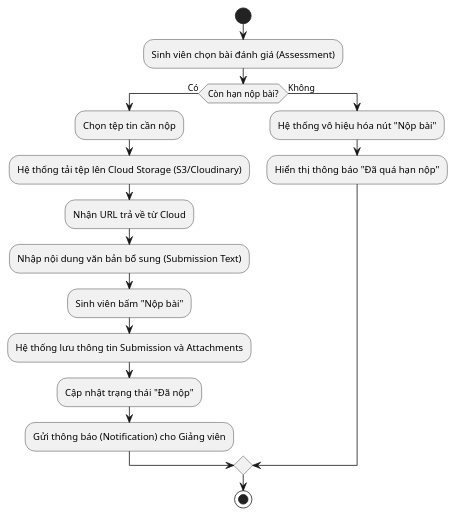
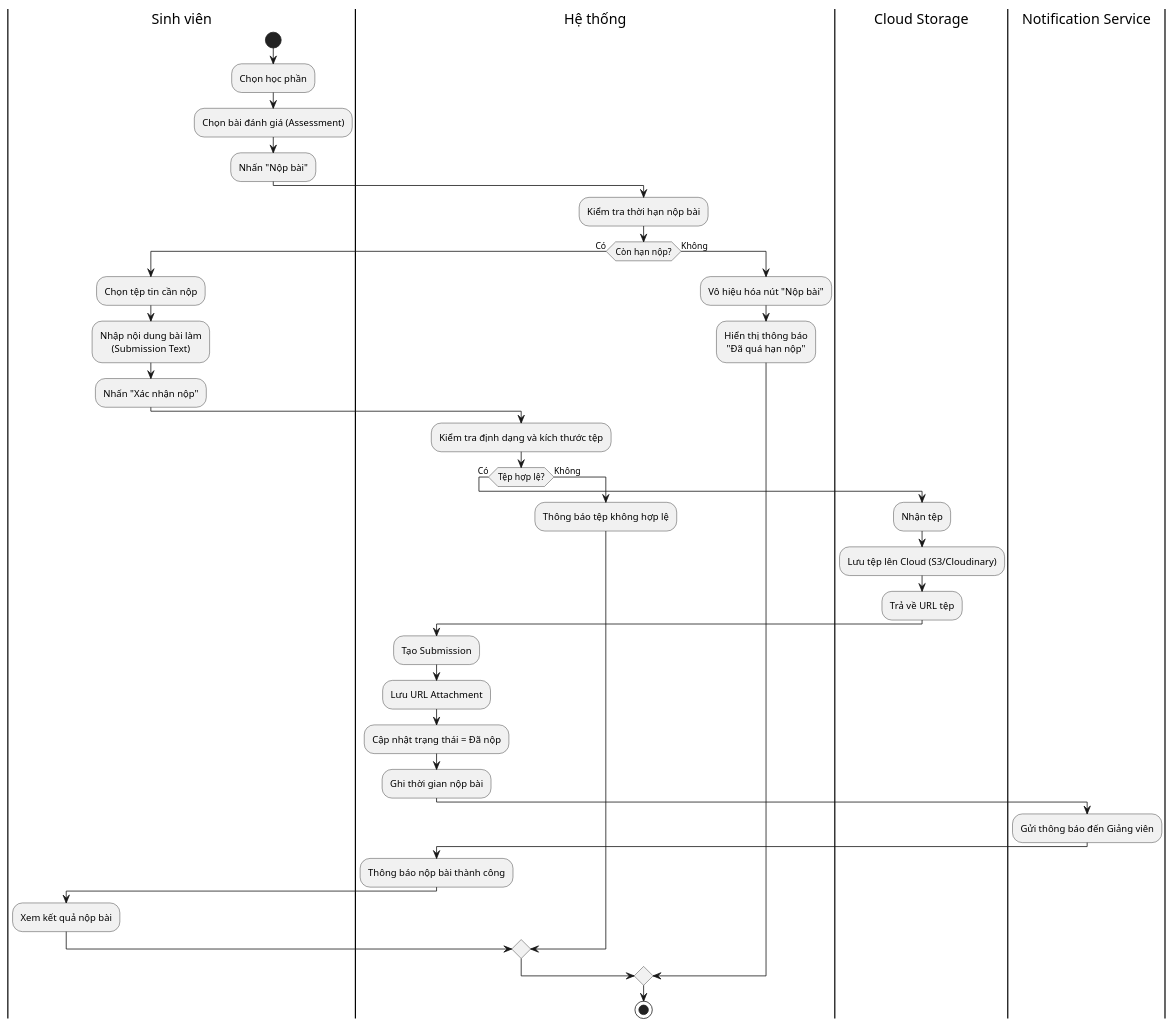
Before and after one commit to thanhthanh123vn/Rubric_Thanh_Duc_2025_2026: the diagram in eureka-server/eureka-server/src/main/java/hcmuaf/edu/vn/fit/rubric/plantUML/activityTeacher/SubmitAssment.puml, drawn with PlantUML. The commit also changed 22 other files, not shown here.

```diff
--- a/eureka-server/eureka-server/src/main/java/hcmuaf/edu/vn/fit/rubric/plantUML/activityTeacher/SubmitAssment.puml
+++ b/eureka-server/eureka-server/src/main/java/hcmuaf/edu/vn/fit/rubric/plantUML/activityTeacher/SubmitAssment.puml
@@ -1,19 +1,61 @@
 @startuml
 skinparam defaultTextAlignment center
+
+|Sinh viên|
 start
-:Sinh viên chọn bài đánh giá (Assessment);
-if (Còn hạn nộp bài?) then (Có)
-  :Chọn tệp tin cần nộp;
-  :Hệ thống tải tệp lên Cloud Storage (S3/Cloudinary);
-  :Nhận URL trả về từ Cloud;
-  :Nhập nội dung văn bản bổ sung (Submission Text);
-  :Sinh viên bấm "Nộp bài";
-  :Hệ thống lưu thông tin Submission và Attachments;
-  :Cập nhật trạng thái "Đã nộp";
-  :Gửi thông báo (Notification) cho Giảng viên;
+:Chọn học phần;
+:Chọn bài đánh giá (Assessment);
+:Nhấn "Nộp bài";
+
+|Hệ thống|
+:Kiểm tra thời hạn nộp bài;
+
+if (Còn hạn nộp?) then (Có)
+
+|Sinh viên|
+:Chọn tệp tin cần nộp;
+:Nhập nội dung bài làm\n(Submission Text);
+:Nhấn "Xác nhận nộp";
+
+|Hệ thống|
+:Kiểm tra định dạng và kích thước tệp;
+
+if (Tệp hợp lệ?) then (Có)
+
+|Cloud Storage|
+:Nhận tệp;
+:Lưu tệp lên Cloud (S3/Cloudinary);
+:Trả về URL tệp;
+
+|Hệ thống|
+:Tạo Submission;
+:Lưu URL Attachment;
+:Cập nhật trạng thái = Đã nộp;
+:Ghi thời gian nộp bài;
+
+|Notification Service|
+:Gửi thông báo đến Giảng viên;
+
+|Hệ thống|
+:Thông báo nộp bài thành công;
+
+|Sinh viên|
+:Xem kết quả nộp bài;
+
 else (Không)
-  :Hệ thống vô hiệu hóa nút "Nộp bài";
-  :Hiển thị thông báo "Đã quá hạn nộp";
+
+|Hệ thống|
+:Thông báo tệp không hợp lệ;
+
 endif
+
+else (Không)
+
+|Hệ thống|
+:Vô hiệu hóa nút "Nộp bài";
+:Hiển thị thông báo\n"Đã quá hạn nộp";
+
+endif
+
 stop
 @enduml
```
